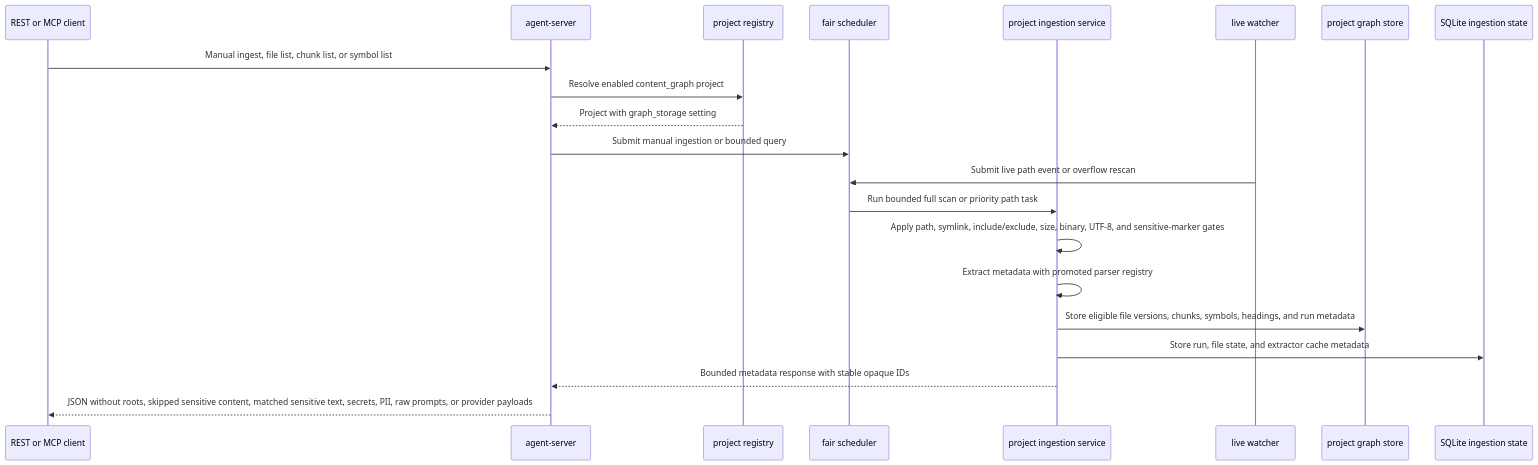
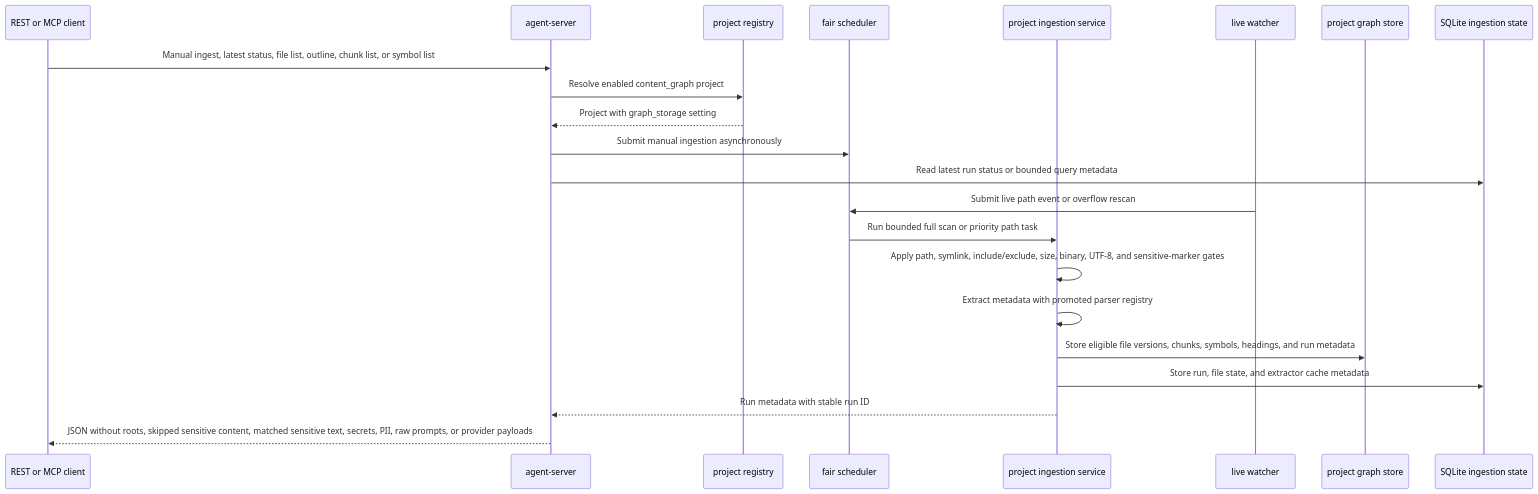
The fourth of 5 diagrams in docs/architecture/system-architecture.md (MiviaLabs/go-mivia), drawn with Mermaid before and after one commit. The commit also changed other lines of this file and 20 other files, not shown here.

````diff
--- a/docs/architecture/system-architecture.md
+++ b/docs/architecture/system-architecture.md
@@ -125,24 +125,25 @@
 ```mermaid
 sequenceDiagram
   participant Client as REST or MCP client
   participant Server as agent-server
   participant Registry as project registry
   participant Scheduler as fair scheduler
   participant Ingestion as project ingestion service
   participant Watcher as live watcher
   participant Graph as project graph store
   participant SQLite as SQLite ingestion state
 
-  Client->>Server: Manual ingest, file list, chunk list, or symbol list
+  Client->>Server: Manual ingest, latest status, file list, outline, chunk list, or symbol list
   Server->>Registry: Resolve enabled content_graph project
   Registry-->>Server: Project with graph_storage setting
-  Server->>Scheduler: Submit manual ingestion or bounded query
+  Server->>Scheduler: Submit manual ingestion asynchronously
+  Server->>SQLite: Read latest run status or bounded query metadata
   Watcher->>Scheduler: Submit live path event or overflow rescan
   Scheduler->>Ingestion: Run bounded full scan or priority path task
   Ingestion->>Ingestion: Apply path, symlink, include/exclude, size, binary, UTF-8, and sensitive-marker gates
   Ingestion->>Ingestion: Extract metadata with promoted parser registry
   Ingestion->>Graph: Store eligible file versions, chunks, symbols, headings, and run metadata
   Ingestion->>SQLite: Store run, file state, and extractor cache metadata
-  Ingestion-->>Server: Bounded metadata response with stable opaque IDs
+  Ingestion-->>Server: Run metadata with stable run ID
   Server-->>Client: JSON without roots, skipped sensitive content, matched sensitive text, secrets, PII, raw prompts, or provider payloads
 ```
````
